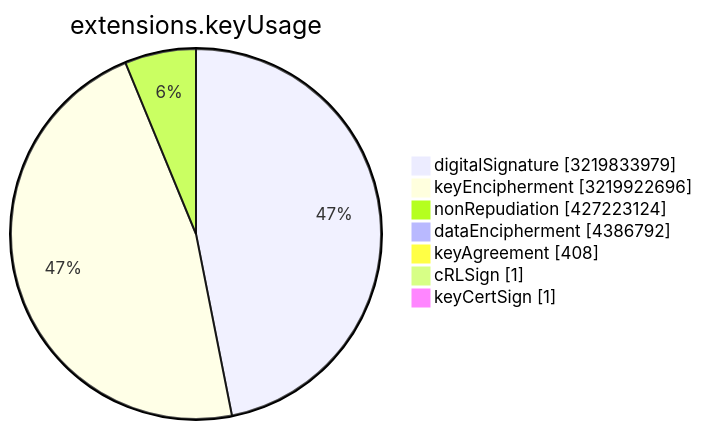
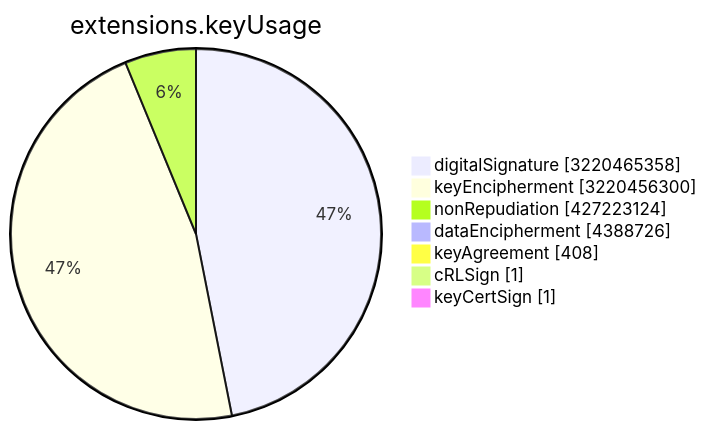
Before and after one commit to christiankrug/ctmonitor_visualization: the sixth of 15 diagrams in TOTAL/README.md, drawn with Mermaid. The commit also changed other lines of this file, not shown here.

````diff
--- a/TOTAL/README.md
+++ b/TOTAL/README.md
@@ -3077,11 +3077,11 @@
 ```mermaid
 pie showData
 title extensions.keyUsage
-"digitalSignature" :3219833979
-"keyEncipherment" :3219922696
+"digitalSignature" :3220465358
+"keyEncipherment" :3220456300
 "nonRepudiation" :427223124
-"dataEncipherment" :4386792
+"dataEncipherment" :4388726
 "keyAgreement" :408
 "cRLSign" :1
 "keyCertSign" :1
 ```
````
